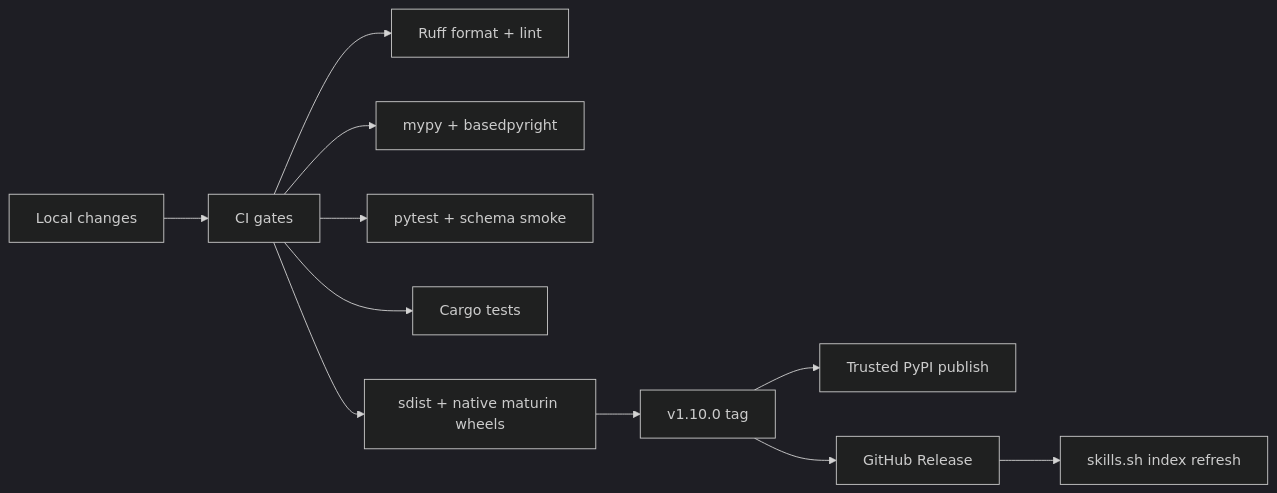
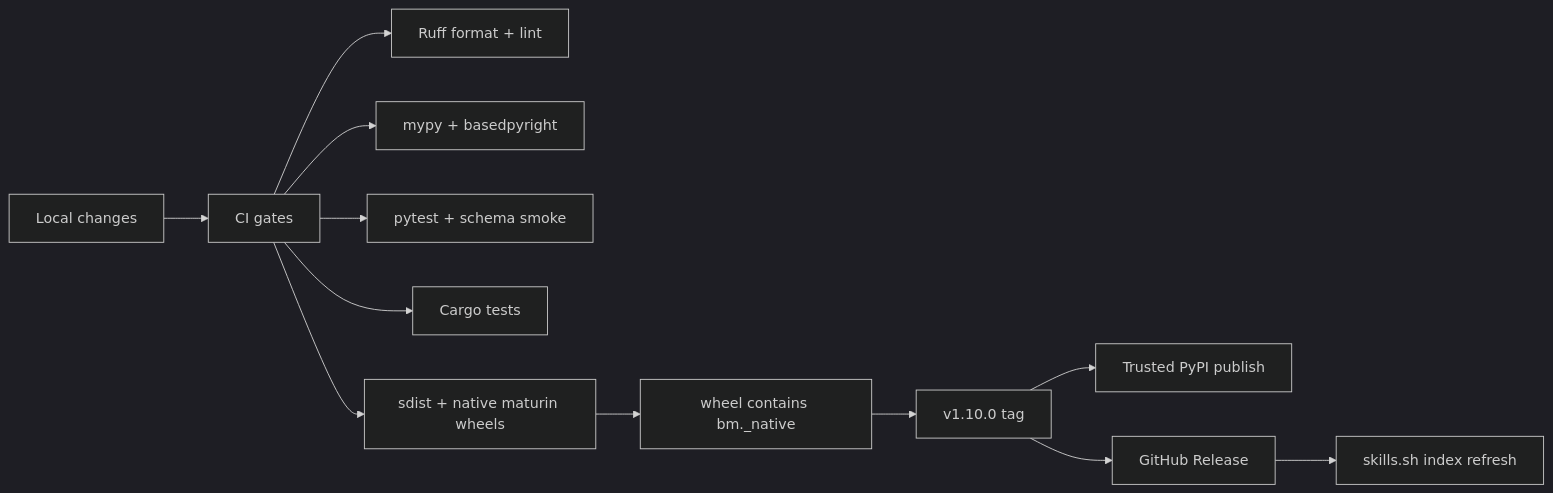
Before and after one commit to Benmore-Studio/Benmore-Meridian: the first of 3 diagrams in docs/RELEASE_HARDENING.md, drawn with Mermaid (dark theme). The commit also changed other lines of this file and 4 other files, not shown here.

Commit message:
Verify native wheel packaging in release pipeline

````diff
--- a/docs/RELEASE_HARDENING.md
+++ b/docs/RELEASE_HARDENING.md
@@ -8,13 +17,14 @@
 ```mermaid
 flowchart LR
     dev[Local changes] --> ci[CI gates]
     ci --> lint[Ruff format + lint]
     ci --> types[mypy + basedpyright]
     ci --> tests[pytest + schema smoke]
     ci --> rust[Cargo tests]
     ci --> build[sdist + native maturin wheels]
-    build --> tag[v1.10.0 tag]
+    build --> verify[wheel contains bm._native]
+    verify --> tag[v1.10.0 tag]
     tag --> pypi[Trusted PyPI publish]
     tag --> gh[GitHub Release]
     gh --> skills[skills.sh index refresh]
 ```
````
